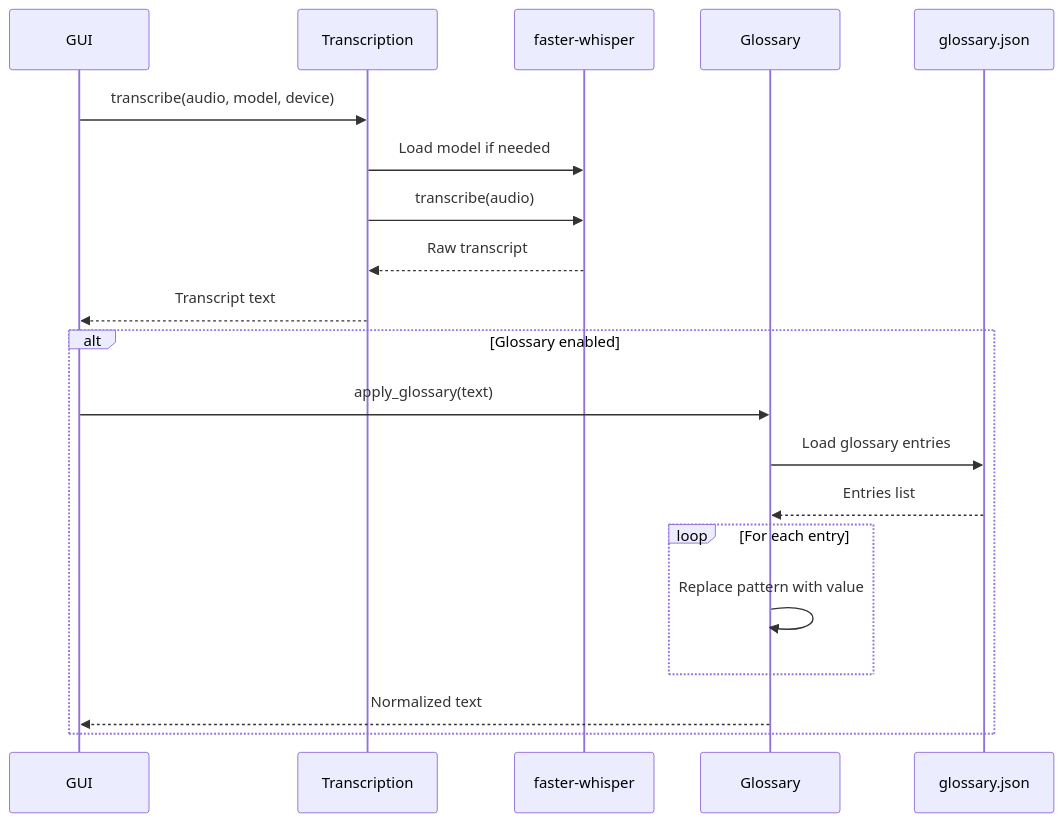
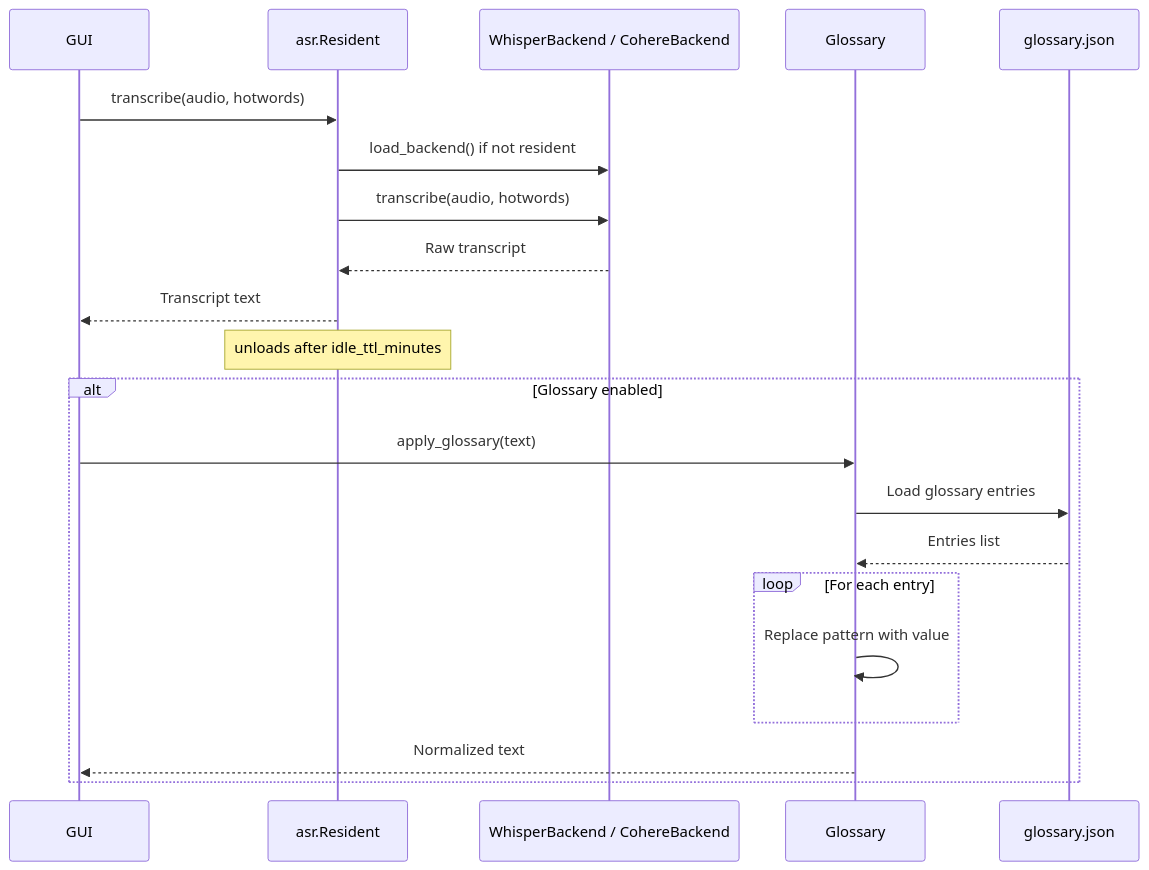
The third of 6 diagrams in docs/architecture.md (dancwilliams/whisper-dictate), drawn with Mermaid before and after one commit. The commit also changed other lines of this file and 1 other file, not shown here.

````diff
--- a/docs/architecture.md
+++ b/docs/architecture.md
@@ -107,24 +134,25 @@
 ```mermaid
 sequenceDiagram
     participant GUI
-    participant Trans as Transcription
-    participant Whisper as faster-whisper
+    participant Trans as asr.Resident
+    participant Whisper as WhisperBackend / CohereBackend
     participant Glos as Glossary
     participant GlosFile as glossary.json
 
-    GUI->>Trans: transcribe(audio, model, device)
-    Trans->>Whisper: Load model if needed
-    Trans->>Whisper: transcribe(audio)
+    GUI->>Trans: transcribe(audio, hotwords)
+    Trans->>Whisper: load_backend() if not resident
+    Trans->>Whisper: transcribe(audio, hotwords)
     Whisper-->>Trans: Raw transcript
     Trans-->>GUI: Transcript text
+    Note over Trans: unloads after idle_ttl_minutes
 
     alt Glossary enabled
         GUI->>Glos: apply_glossary(text)
         Glos->>GlosFile: Load glossary entries
         GlosFile-->>Glos: Entries list
         loop For each entry
             Glos->>Glos: Replace pattern with value
         end
         Glos-->>GUI: Normalized text
     end
 ```
````
